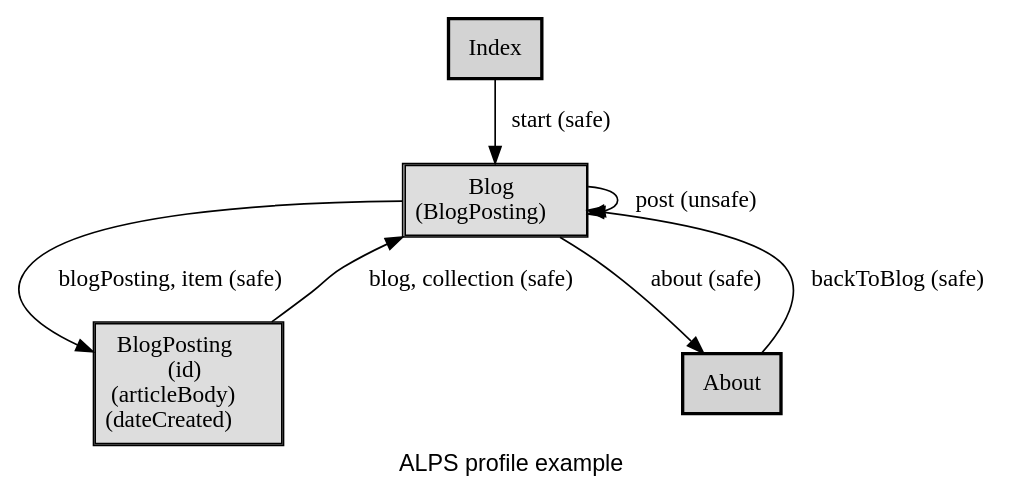
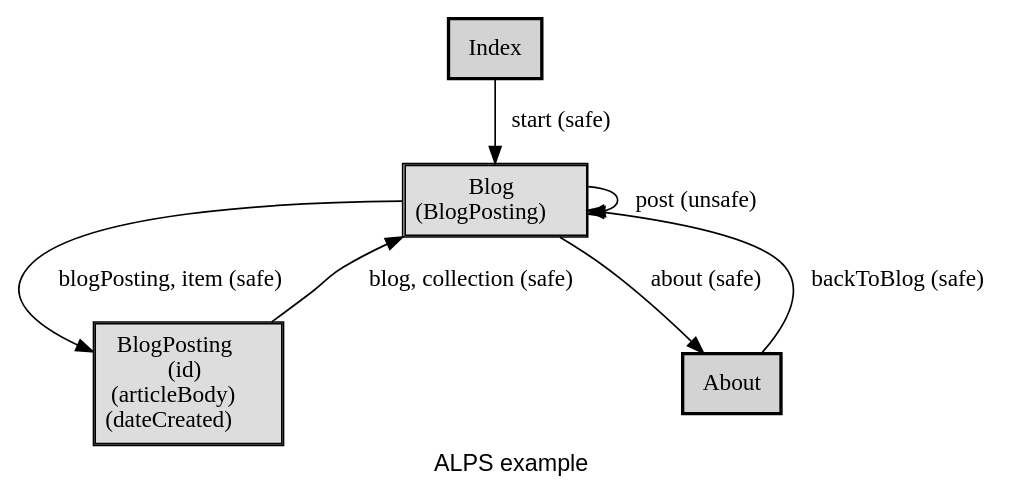
Before and after one commit to alps-asd/app-state-diagram: the diagram in docs/profile.example.dot, drawn with Graphviz. The commit also changed 15 other files, not shown here.

```diff
--- a/docs/profile.example.dot
+++ b/docs/profile.example.dot
@@ -1,23 +1,23 @@
 digraph application_state_diagram {
   graph [
     labelloc="b";
     fontname="Helvetica"
-    label="ALPS profile example";
+    label="ALPS example";
     URL="index.html"
   ];
   node [shape = box, style = "bold,filled"];
 
     Blog [style=solid, margin=0.02, label=<<table cellspacing="0" cellpadding="5" cellborder="1" border="0"><tr><td bgcolor="#dddddd">Blog<br />(BlogPosting)<br /></td></tr></table>>,shape=box URL="docs/semantic.Blog.html"]
     BlogPosting [style=solid, margin=0.02, label=<<table cellspacing="0" cellpadding="5" cellborder="1" border="0"><tr><td bgcolor="#dddddd">BlogPosting<br />(id)<br />(articleBody)<br />(dateCreated)<br /></td></tr></table>>,shape=box URL="docs/semantic.BlogPosting.html"]
 
     Index->Blog [label = "start (safe)" URL="docs/safe.start.html"];
     About->Blog [label = "backToBlog (safe)" URL="docs/safe.backToBlog.html"];
     Blog->BlogPosting [label = "blogPosting, item (safe)" URL="docs/safe.blogPosting.html"];
     Blog->Blog [label = "post (unsafe)" URL="docs/unsafe.post.html"];
     Blog->About [label = "about (safe)" URL="docs/safe.about.html"];
     BlogPosting->Blog [label = "blog, collection (safe)" URL="docs/safe.blog.html"];
 
     Index [URL="docs/semantic.Index.html"]
     About [URL="docs/semantic.About.html"]
 
 }
```
